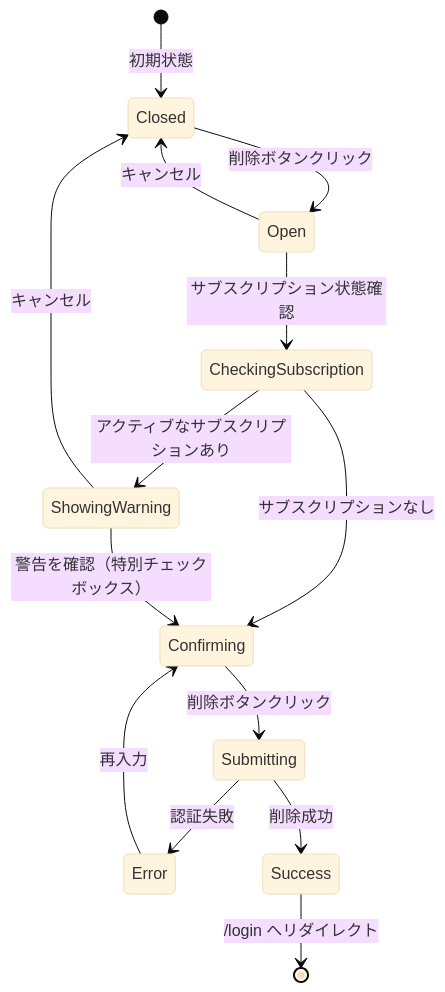
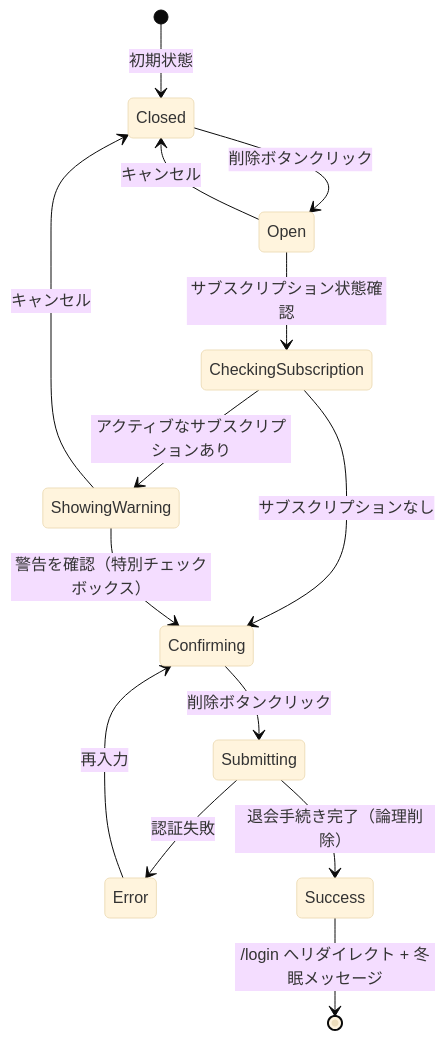
Before and after one commit to tezuka-Akihiro/ClaudeMix: the fifth of 7 diagrams in develop/account/profile/uiux-spec.md, drawn with Mermaid (base theme). The commit also changed other lines of this file and 72 other files, not shown here.

````diff
--- a/develop/account/profile/uiux-spec.md
+++ b/develop/account/profile/uiux-spec.md
@@ -226,16 +226,16 @@
 ```mermaid
 stateDiagram-v2
     [*] --> Closed: 初期状態
     Closed --> Open: 削除ボタンクリック
     Open --> CheckingSubscription: サブスクリプション状態確認
     CheckingSubscription --> ShowingWarning: アクティブなサブスクリプションあり
     CheckingSubscription --> Confirming: サブスクリプションなし
     ShowingWarning --> Confirming: 警告を確認（特別チェックボックス）
     Confirming --> Submitting: 削除ボタンクリック
     Submitting --> Error: 認証失敗
-    Submitting --> Success: 削除成功
+    Submitting --> Success: 退会手続き完了（論理削除）
     Error --> Confirming: 再入力
-    Success --> [*]: /login へリダイレクト
+    Success --> [*]: /login へリダイレクト + 冬眠メッセージ
     Open --> Closed: キャンセル
     ShowingWarning --> Closed: キャンセル
 ```
````
